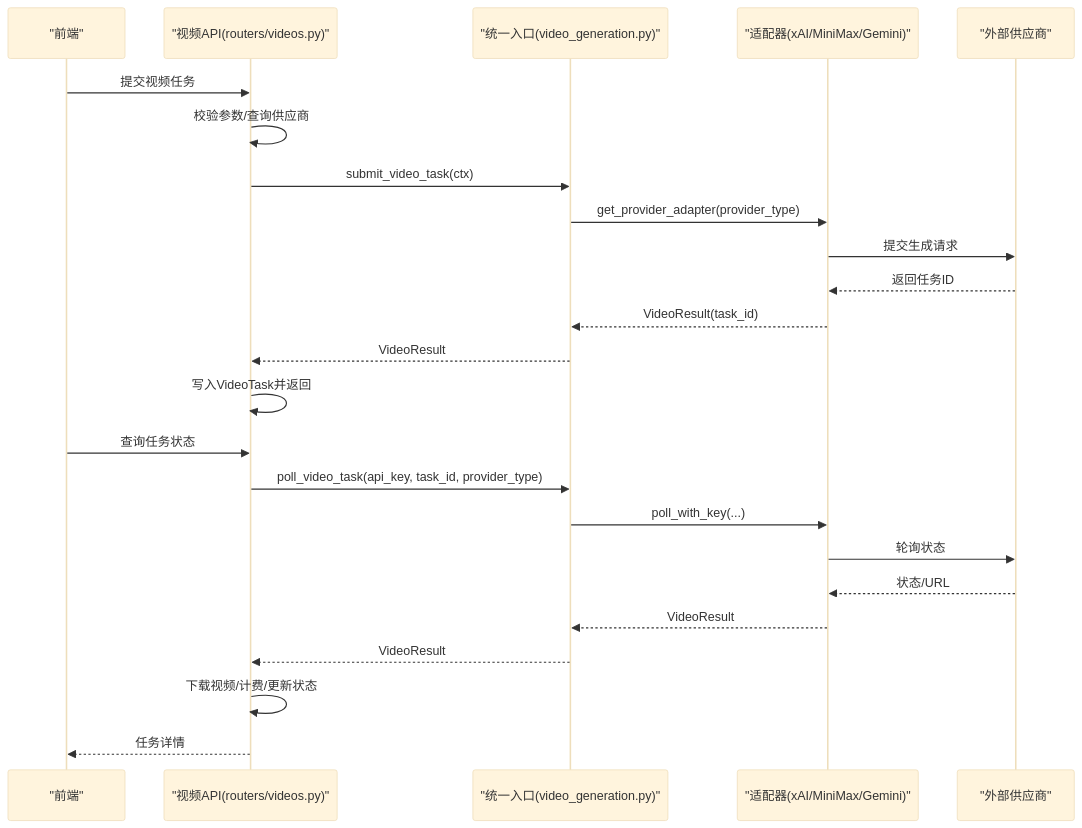
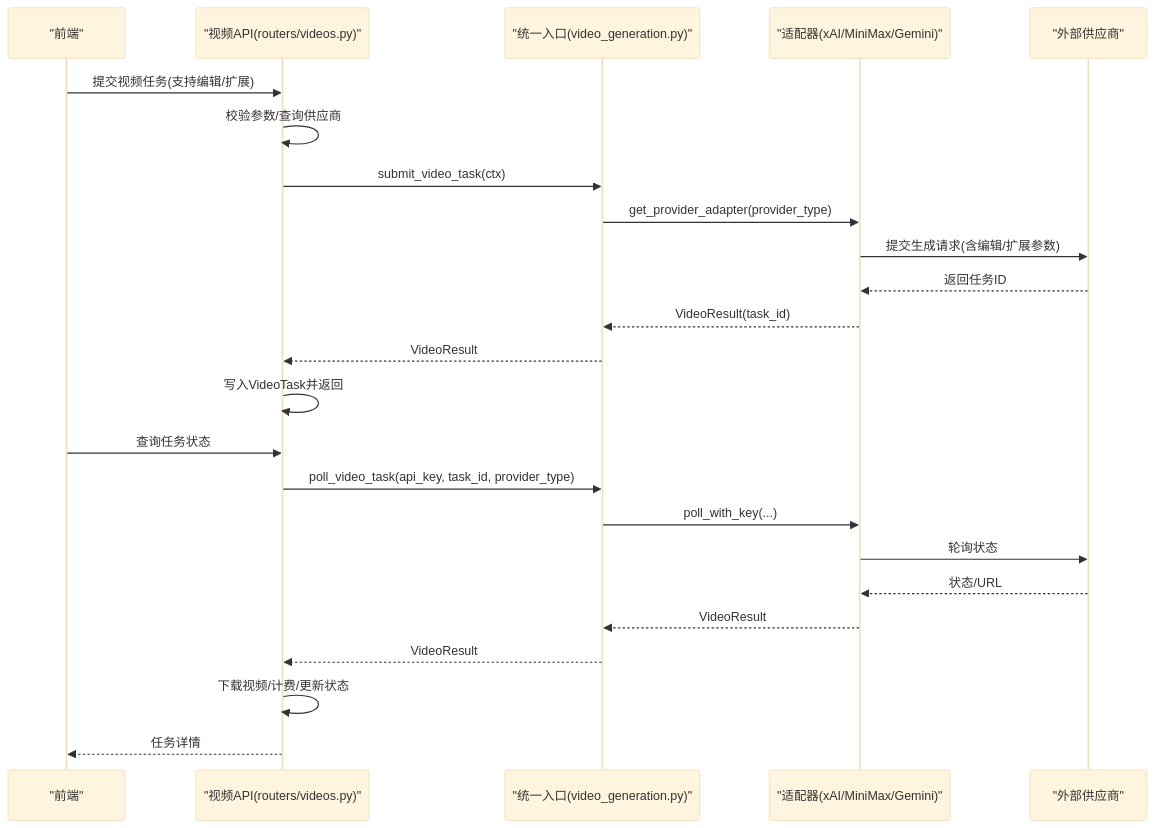
One commit to KunLabAI/KunFlix changed the second of 6 diagrams in .qoder/repowiki/zh/content/后端服务架构/业务服务层/媒体生成服务/视频生成系统.md. Above: the diagram before and after it, drawn with Mermaid (base theme). The commit also changed other lines of this file and 29 other files, not shown here.

````diff
--- a/.qoder/repowiki/zh/content/后端服务架构/业务服务层/媒体生成服务/视频生成系统.md
+++ b/.qoder/repowiki/zh/content/后端服务架构/业务服务层/媒体生成服务/视频生成系统.md
@@ -117,26 +127,26 @@
 ```mermaid
 sequenceDiagram
 participant FE as "前端"
 participant API as "视频API(routers/videos.py)"
 participant SVC as "统一入口(video_generation.py)"
 participant ADP as "适配器(xAI/MiniMax/Gemini)"
 participant EXT as "外部供应商"
-FE->>API : 提交视频任务
+FE->>API : 提交视频任务(支持编辑/扩展)
 API->>API : 校验参数/查询供应商
 API->>SVC : submit_video_task(ctx)
 SVC->>ADP : get_provider_adapter(provider_type)
-ADP->>EXT : 提交生成请求
+ADP->>EXT : 提交生成请求(含编辑/扩展参数)
 EXT-->>ADP : 返回任务ID
 ADP-->>SVC : VideoResult(task_id)
 SVC-->>API : VideoResult
 API->>API : 写入VideoTask并返回
 FE->>API : 查询任务状态
 API->>SVC : poll_video_task(api_key, task_id, provider_type)
 SVC->>ADP : poll_with_key(...)
 ADP->>EXT : 轮询状态
 EXT-->>ADP : 状态/URL
 ADP-->>SVC : VideoResult
 SVC-->>API : VideoResult
 API->>API : 下载视频/计费/更新状态
 API-->>FE : 任务详情
 ```
````
